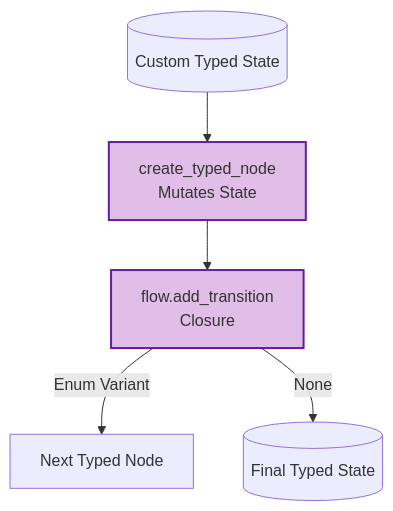
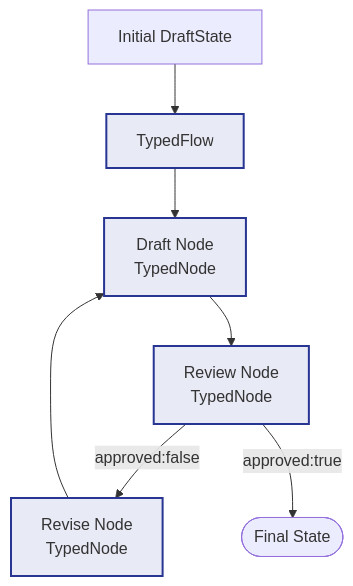
The diagram in examples/TYPED_FLOW.md (EzekTec-Inc/AgentFlow), drawn with Mermaid before and after one commit. The commit also changed other lines of this file and 23 other files, not shown here.

````diff
--- a/examples/TYPED_FLOW.md
+++ b/examples/TYPED_FLOW.md
@@ -20,10 +28,12 @@
 ```mermaid
 graph TD
-    Struct[(Custom Typed State)] --> Node[create_typed_node<br>Mutates State]
-    Node --> Transition[flow.add_transition<br>Closure]
-    Transition -->|Enum Variant| NextNode[Next Typed Node]
-    Transition -->|None| End[(Final Typed State)]
-    
-    classDef typed fill:#e1bee7,stroke:#6a1b9a,stroke-width:2px;
-    class Node,Transition typed;
+    Initial[Initial DraftState] --> TF[TypedFlow]
+    TF --> Draft[Draft Node<br>TypedNode]
+    Draft --> Review[Review Node<br>TypedNode]
+    Review -->|approved:false| Revise[Revise Node<br>TypedNode]
+    Revise --> Draft
+    Review -->|approved:true| Done([Final State])
+
+    classDef typed fill:#e8eaf6,stroke:#283593,stroke-width:2px;
+    class TF,Draft,Review,Revise typed;
 ```
````
